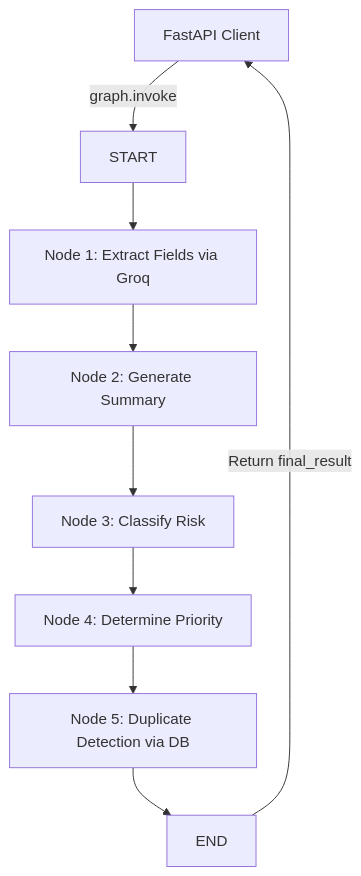
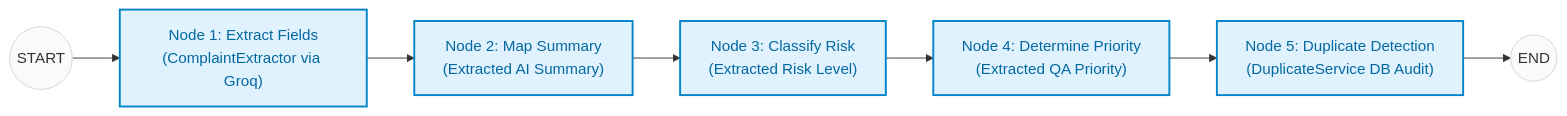
The fourth of 7 diagrams in README.md (Sumeet2005/ai-pharmaceutical-complaint-system), drawn with Mermaid before and after one commit. The commit also changed other lines of this file and 12 other files, not shown here.

````diff
--- a/README.md
+++ b/README.md
@@ -68,11 +261,13 @@
 ```mermaid
-graph TD
-    Client[FastAPI Client] -->|graph.invoke| START[START]
-    START --> Node1[Node 1: Extract Fields via Groq]
-    Node1 --> Node2[Node 2: Generate Summary]
-    Node2 --> Node3[Node 3: Classify Risk]
-    Node3 --> Node4[Node 4: Determine Priority]
-    Node4 --> Node5[Node 5: Duplicate Detection via DB]
-    Node5 --> END[END]
-    END -->|Return final_result| Client
+flowchart LR
+    StartNode((START)) --> N1["Node 1: Extract Fields\n(ComplaintExtractor via Groq)"]
+    N1 --> N2["Node 2: Map Summary\n(Extracted AI Summary)"]
+    N2 --> N3["Node 3: Classify Risk\n(Extracted Risk Level)"]
+    N3 --> N4["Node 4: Determine Priority\n(Extracted QA Priority)"]
+    N4 --> N5["Node 5: Duplicate Detection\n(DuplicateService DB Audit)"]
+    N5 --> EndNode((END))
+
+    classDef default fill:#f9fafb,stroke:#d1d5db,stroke-width:1px;
+    classDef nodeStyle fill:#e0f2fe,stroke:#0284c7,stroke-width:2px,color:#0369a1;
+    class N1,N2,N3,N4,N5 nodeStyle;
 ```
````
